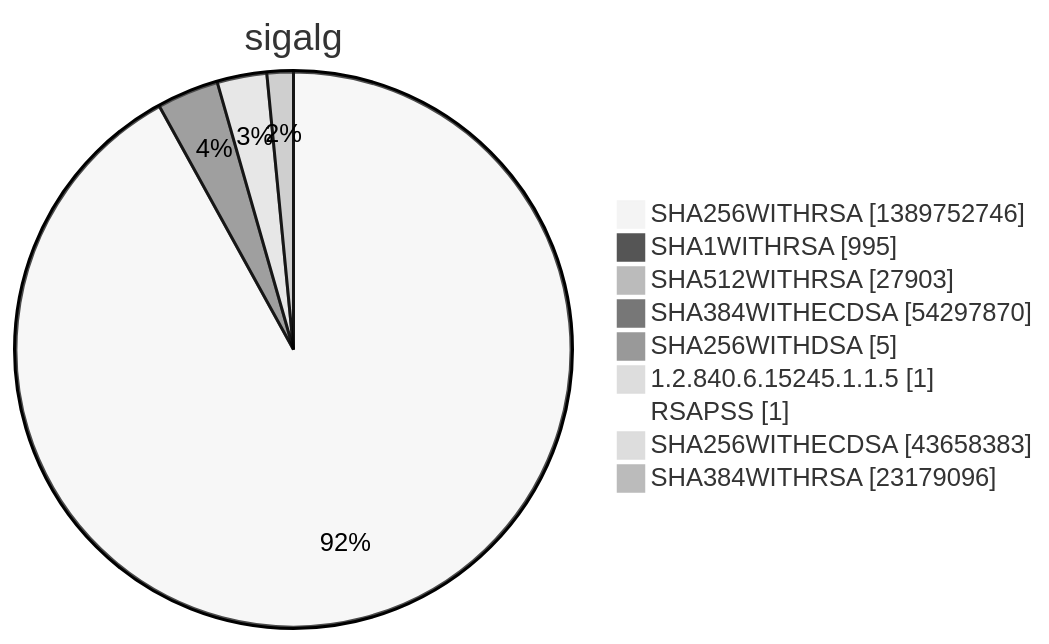
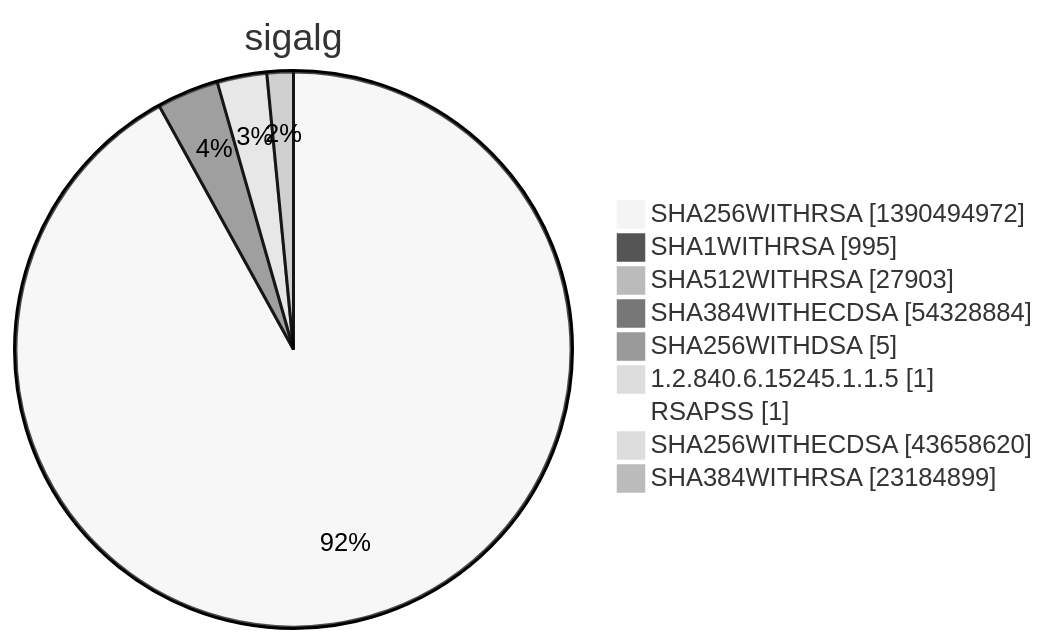
Before and after one commit to christiankrug/ctmonitor_visualization: diagram 15 of 15 in xenon2022/README.md, drawn with Mermaid (neutral theme). The commit also changed other lines of this file, not shown here.

````diff
--- a/xenon2022/README.md
+++ b/xenon2022/README.md
@@ -5855,13 +5855,13 @@
 ```mermaid
 pie showData
 title sigalg
-"SHA256WITHRSA" :1389752746
+"SHA256WITHRSA" :1390494972
 "SHA1WITHRSA" :995
 "SHA512WITHRSA" :27903
-"SHA384WITHECDSA" :54297870
+"SHA384WITHECDSA" :54328884
 "SHA256WITHDSA" :5
 "1.2.840.6.15245.1.1.5" :1
 "RSAPSS" :1
-"SHA256WITHECDSA" :43658383
-"SHA384WITHRSA" :23179096
+"SHA256WITHECDSA" :43658620
+"SHA384WITHRSA" :23184899
 ```
````
